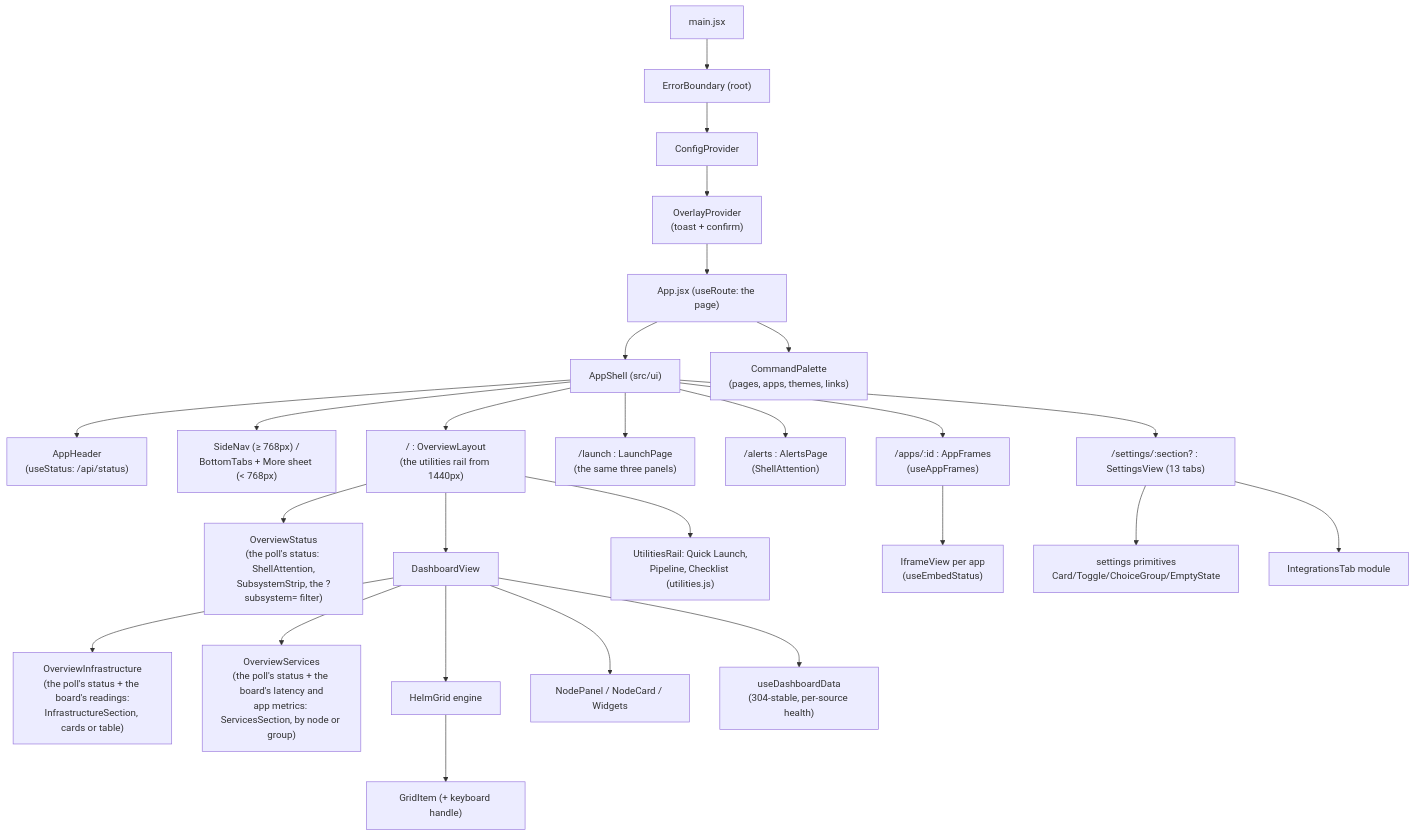
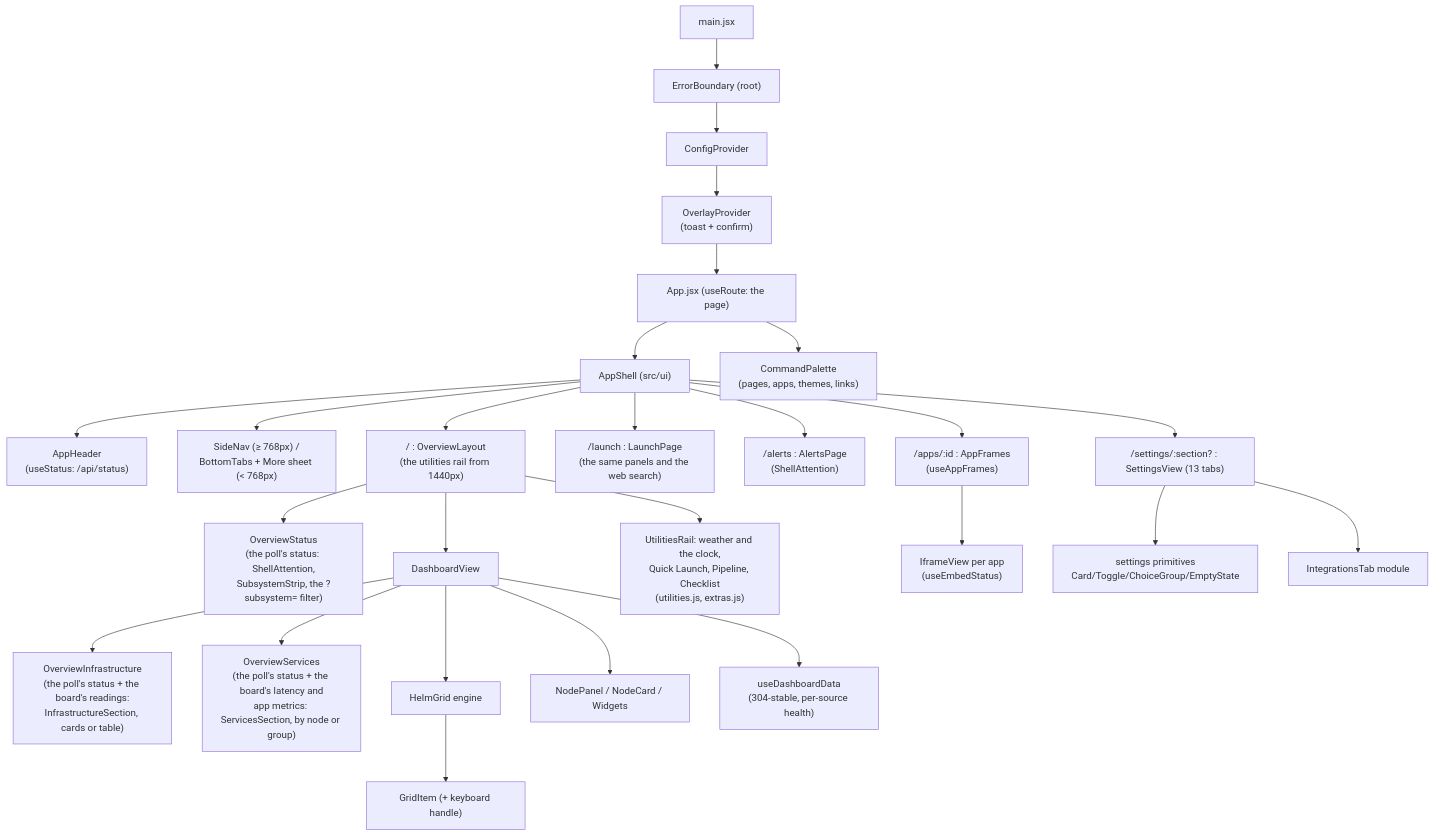
The fourth of 5 diagrams in docs/ARCHITECTURE.md (jagbhandal/jaghelm), drawn with Mermaid before and after one commit. The commit also changed other lines of this file and 38 other files, not shown here.

First line of the commit message:
feat(overview): weather, the clock and web search are back; each section can be hidden (#307)

````diff
--- a/docs/ARCHITECTURE.md
+++ b/docs/ARCHITECTURE.md
@@ -1483,28 +1487,28 @@
 ```mermaid
 flowchart TD
   MAIN["main.jsx"] --> EB["ErrorBoundary (root)"]
   EB --> CP["ConfigProvider"]
   CP --> OP["OverlayProvider<br/>(toast + confirm)"]
   OP --> APP["App.jsx (useRoute: the page)"]
   APP --> SH["AppShell (src/ui)"]
   SH --> HD["AppHeader<br/>(useStatus: /api/status)"]
   SH --> SN["SideNav (≥ 768px) /<br/>BottomTabs + More sheet (< 768px)"]
   APP --> CPAL["CommandPalette<br/>(pages, apps, themes, links)"]
   SH --> OL["/ : OverviewLayout<br/>(the utilities rail from 1440px)"]
   OL --> OS["OverviewStatus<br/>(the poll's status: ShellAttention,<br/>SubsystemStrip, the ?subsystem= filter)"]
   OL --> DV["DashboardView"]
-  OL --> UR["UtilitiesRail: Quick Launch,<br/>Pipeline, Checklist (utilities.js)"]
-  SH --> LP["/launch : LaunchPage<br/>(the same three panels)"]
+  OL --> UR["UtilitiesRail: weather and the clock,<br/>Quick Launch, Pipeline, Checklist<br/>(utilities.js, extras.js)"]
+  SH --> LP["/launch : LaunchPage<br/>(the same panels and the web search)"]
   DV --> OI["OverviewInfrastructure<br/>(the poll's status + the board's readings:<br/>InfrastructureSection, cards or table)"]
   DV --> OSV["OverviewServices<br/>(the poll's status + the board's latency and<br/>app metrics: ServicesSection, by node or group)"]
   SH --> AP["/alerts : AlertsPage<br/>(ShellAttention)"]
   SH --> SV["/settings/:section? : SettingsView (13 tabs)"]
   SH --> AF["/apps/:id : AppFrames<br/>(useAppFrames)"]
   AF --> IV["IframeView per app<br/>(useEmbedStatus)"]
   DV --> HG["HelmGrid engine"]
   HG --> GI["GridItem (+ keyboard handle)"]
   DV --> NP["NodePanel / NodeCard / Widgets"]
   DV --> UDD["useDashboardData<br/>(304-stable, per-source health)"]
   SV --> PRIM["settings primitives<br/>Card/Toggle/ChoiceGroup/EmptyState"]
   SV --> ITAB["IntegrationsTab module"]
 ```
````
